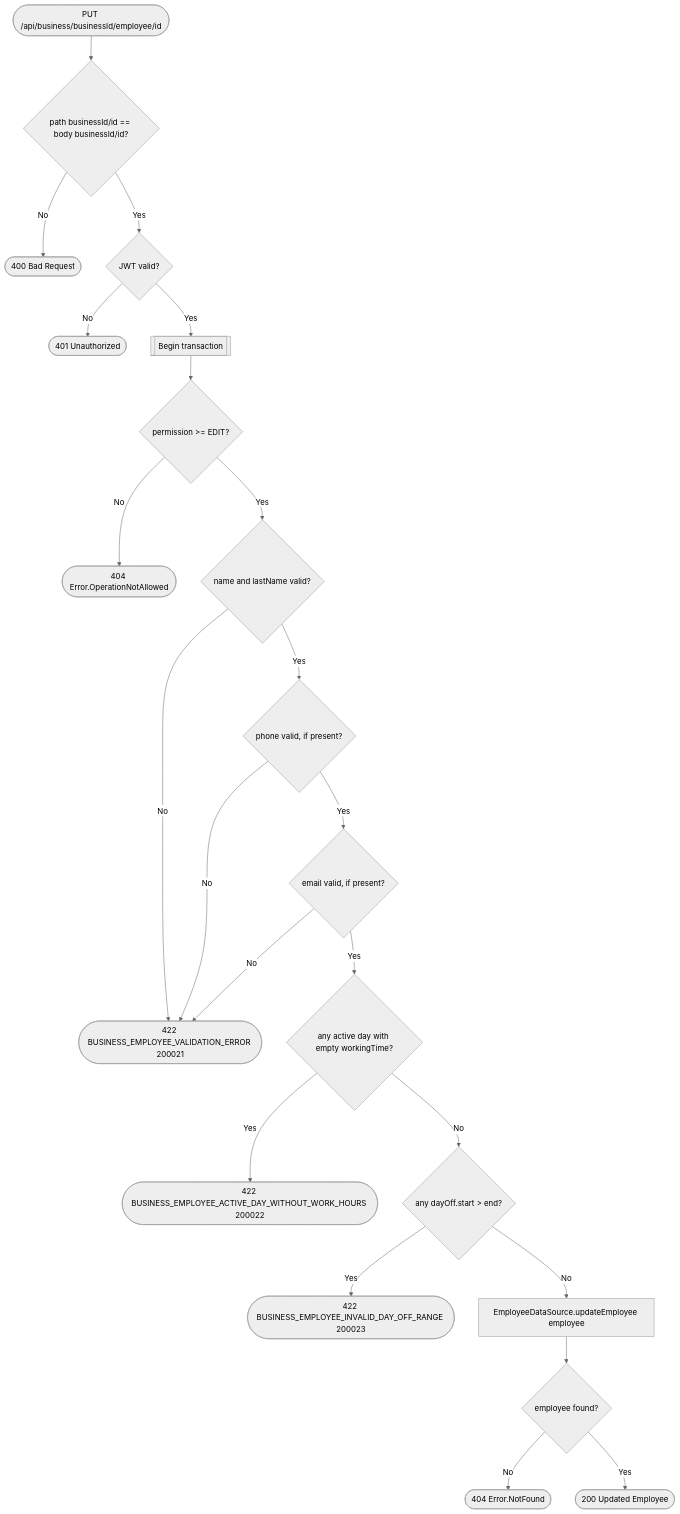
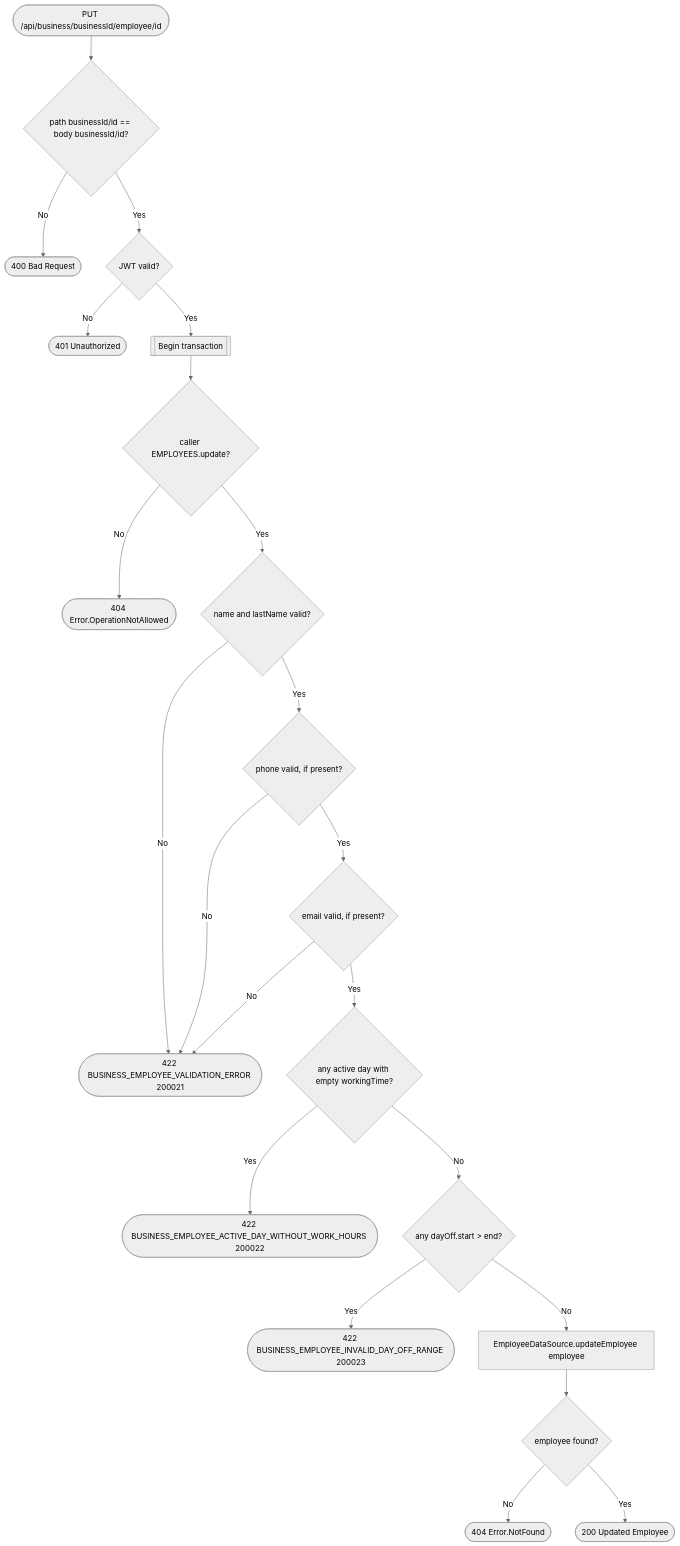
One commit to an22/bookk.me-backend changed the diagram in docs/operations/business/update-employee.md. Above: the diagram before and after it, drawn with Mermaid (neutral theme). The commit also changed 157 other files, not shown here.

````diff
--- a/docs/operations/business/update-employee.md
+++ b/docs/operations/business/update-employee.md
@@ -8,24 +8,24 @@
 ```mermaid
 flowchart TD
     Start([PUT /api/business/businessId/employee/id]) --> PathCheck{path businessId/id == body businessId/id?}
     PathCheck -- No --> R400([400 Bad Request])
     PathCheck -- Yes --> Auth{JWT valid?}
     Auth -- No --> R401([401 Unauthorized])
     Auth -- Yes --> Tx[[Begin transaction]]
-    Tx --> Perm{permission >= EDIT?}
+    Tx --> Perm{caller EMPLOYEES.update?}
     Perm -- No --> R404a([404 Error.OperationNotAllowed])
     Perm -- Yes --> NameCheck{name and lastName valid?}
     NameCheck -- No --> R422a([422 BUSINESS_EMPLOYEE_VALIDATION_ERROR 200021])
     NameCheck -- Yes --> PhoneCheck{phone valid, if present?}
     PhoneCheck -- No --> R422a
     PhoneCheck -- Yes --> EmailCheck{email valid, if present?}
     EmailCheck -- No --> R422a
     EmailCheck -- Yes --> WorkHours{any active day with empty workingTime?}
     WorkHours -- Yes --> R422b([422 BUSINESS_EMPLOYEE_ACTIVE_DAY_WITHOUT_WORK_HOURS 200022])
     WorkHours -- No --> DayOffRange{any dayOff.start > end?}
     DayOffRange -- Yes --> R422c([422 BUSINESS_EMPLOYEE_INVALID_DAY_OFF_RANGE 200023])
     DayOffRange -- No --> Update[EmployeeDataSource.updateEmployee employee]
     Update --> Found{employee found?}
     Found -- No --> R404b([404 Error.NotFound])
     Found -- Yes --> R200([200 Updated Employee])
 ```
````
